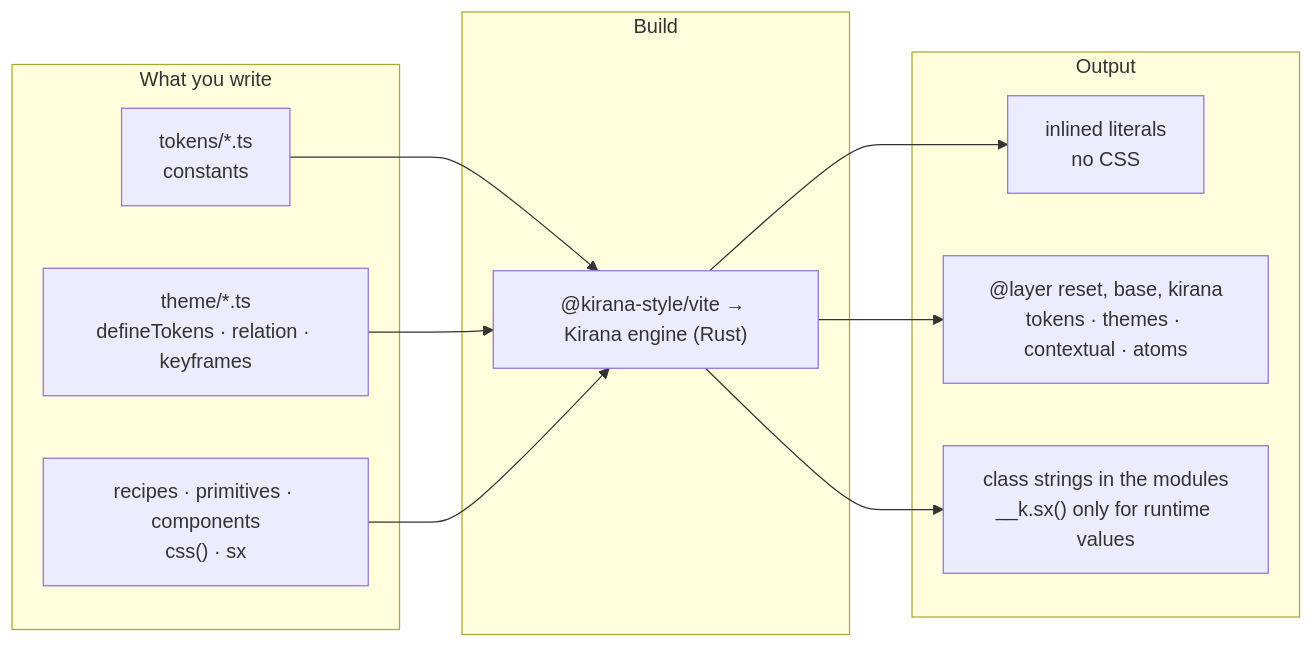
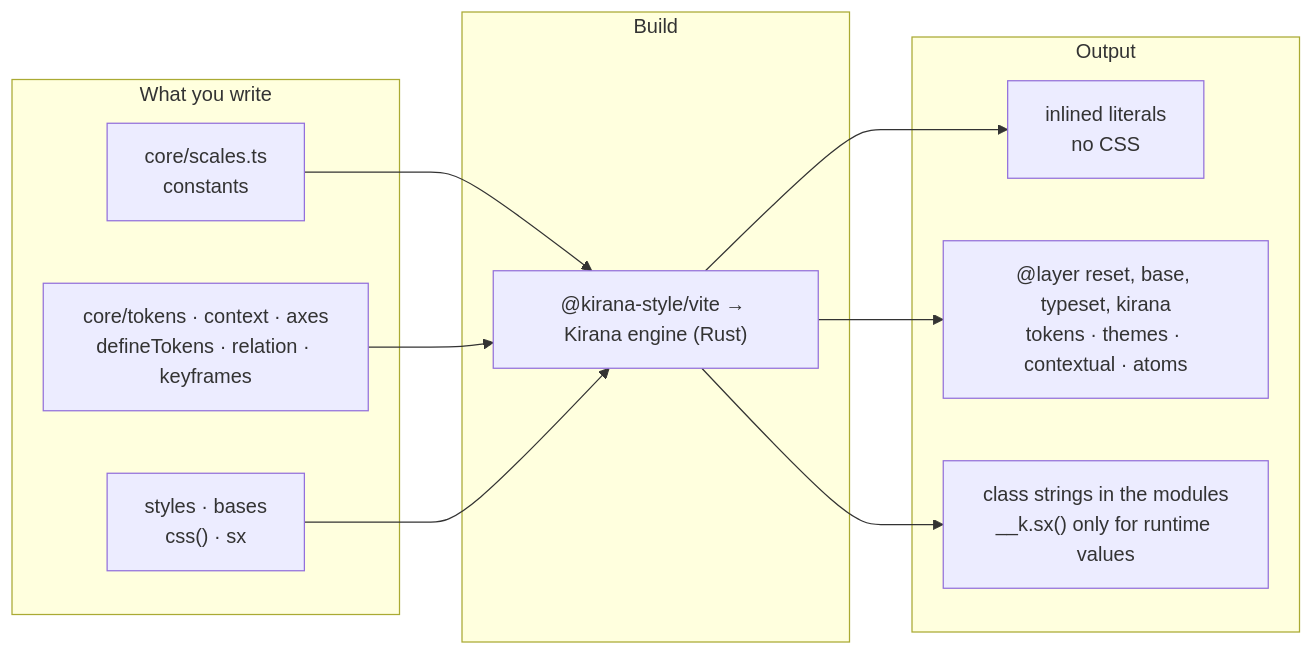
Before and after one commit to kirana-style/kirana-ui: the sixth of 6 diagrams in docs/architecture.md, drawn with Mermaid. The commit also changed other lines of this file and 677 other files, not shown here.

````diff
--- a/docs/architecture.md
+++ b/docs/architecture.md
@@ -513,19 +504,19 @@
 ```mermaid
 flowchart LR
   subgraph authored["What you write"]
-    T["tokens/*.ts<br/>constants"]
-    V["theme/*.ts<br/>defineTokens · relation · keyframes"]
-    C["recipes · primitives · components<br/>css() · sx"]
+    T["core/scales.ts<br/>constants"]
+    V["core/tokens · context · axes<br/>defineTokens · relation · keyframes"]
+    C["styles · bases<br/>css() · sx"]
   end
   subgraph build["Build"]
     P["@kirana-style/vite → Kirana engine (Rust)"]
   end
   subgraph out["Output"]
     I["inlined literals<br/>no CSS"]
-    A["@layer reset, base, kirana<br/>tokens · themes · contextual · atoms"]
+    A["@layer reset, base, typeset, kirana<br/>tokens · themes · contextual · atoms"]
     H["class strings in the modules<br/>__k.sx() only for runtime values"]
   end
   T --> P --> I
   V --> P --> A
   C --> P --> H
 ```
````
